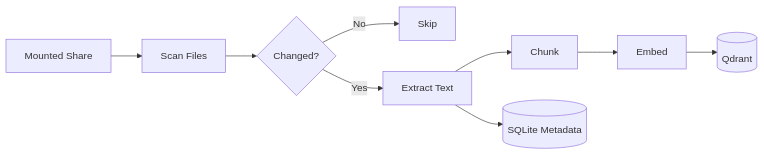
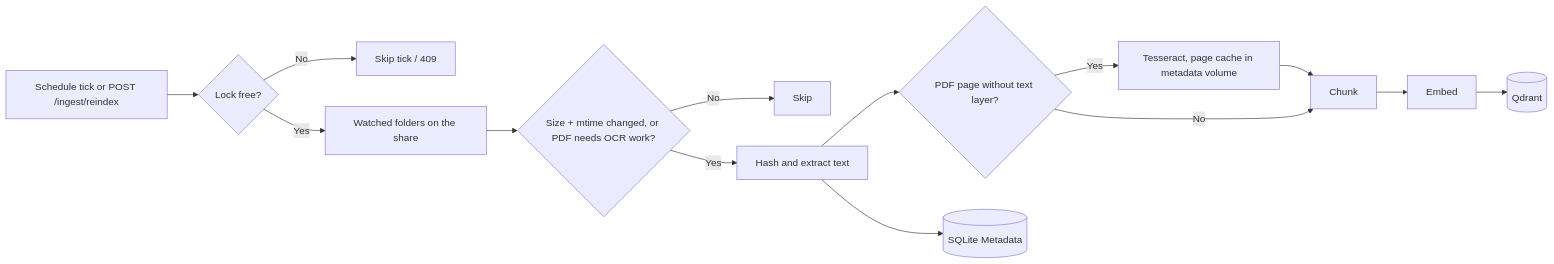
The second of 7 diagrams in docs/architecture.md (ninemate/ai-teacher), drawn with Mermaid before and after one commit. The commit also changed other lines of this file and 23 other files, not shown here.

````diff
--- a/docs/architecture.md
+++ b/docs/architecture.md
@@ -33,11 +35,16 @@
 ```mermaid
 flowchart LR
-  A[Mounted Share] --> B[Scan Files]
-  B --> C{Changed?}
+  T[Schedule tick or POST /ingest/reindex] --> L{Lock free?}
+  L -->|No| X[Skip tick / 409]
+  L -->|Yes| A[Watched folders on the share]
+  A --> C{Size + mtime changed, or PDF needs OCR work?}
   C -->|No| D[Skip]
-  C -->|Yes| E[Extract Text]
-  E --> F[Chunk]
+  C -->|Yes| E[Hash and extract text]
+  E --> O{PDF page without text layer?}
+  O -->|Yes| OC[Tesseract, page cache in metadata volume]
+  OC --> F
+  O -->|No| F[Chunk]
   F --> G[Embed]
   G --> H[(Qdrant)]
   E --> I[(SQLite Metadata)]
 ```
````
